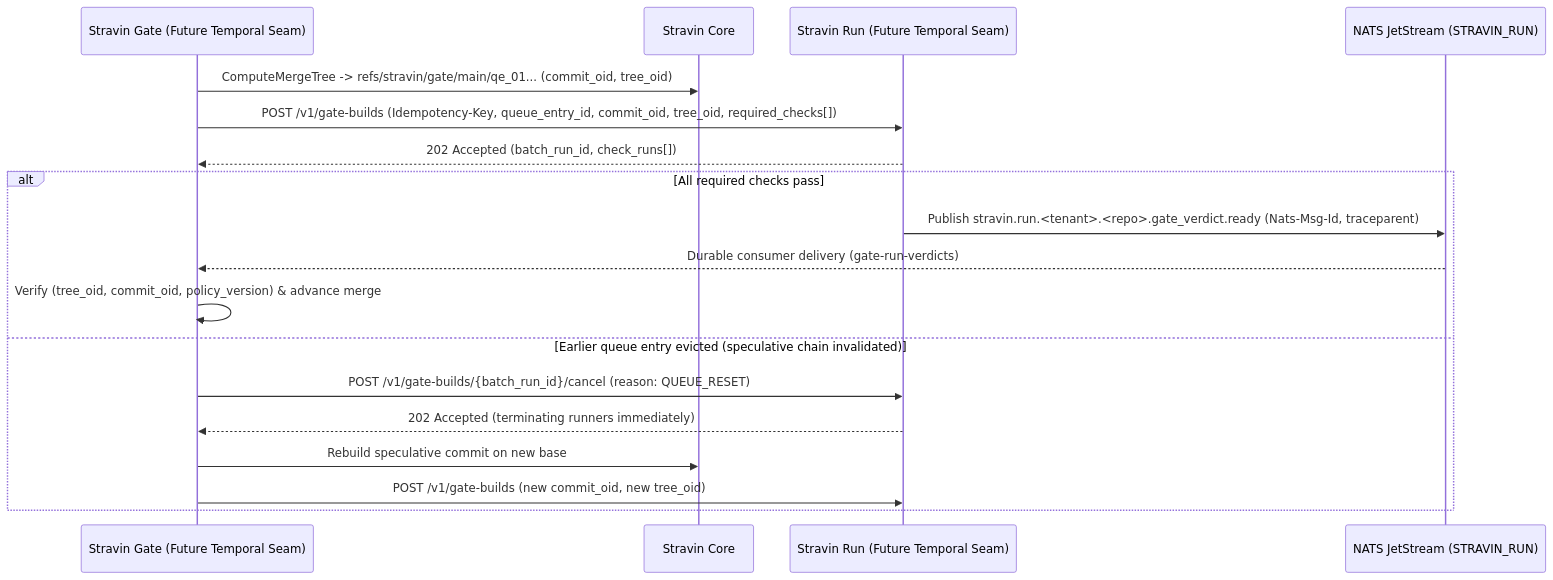
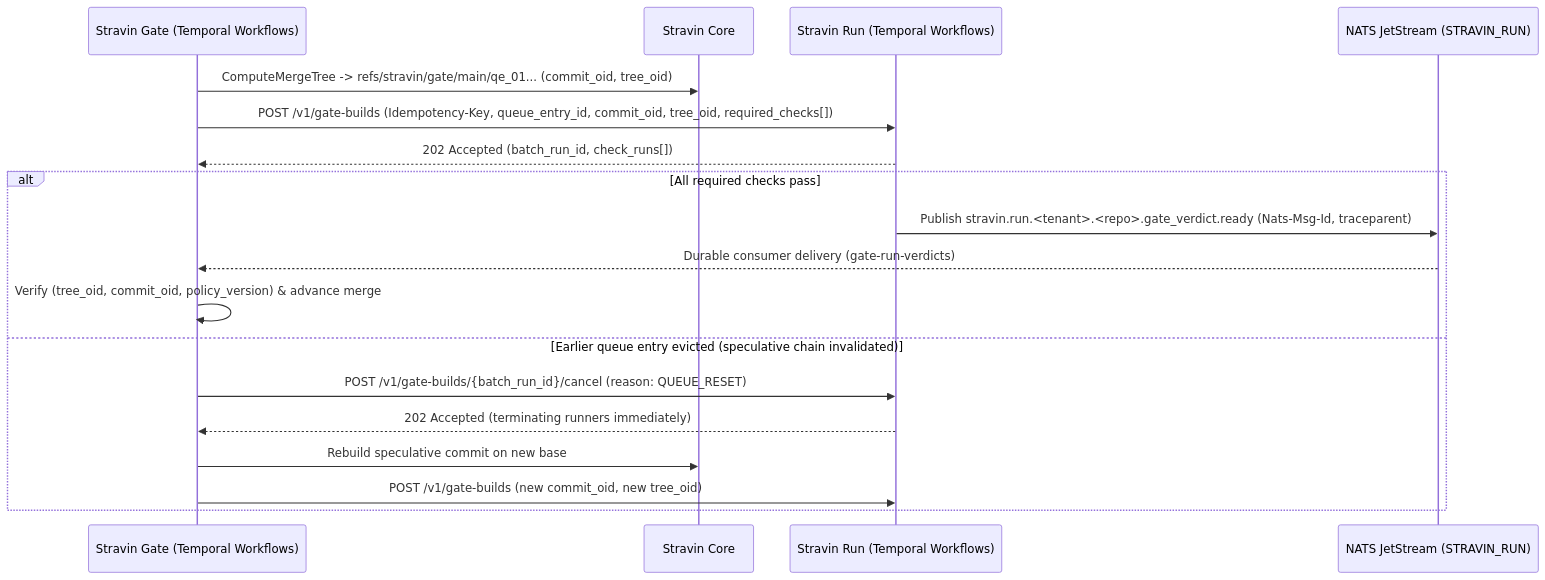
Before and after one commit to stravin-dev/architecture: the diagram in docs/interfaces/run-gate.md, drawn with Mermaid. The commit also changed other lines of this file and 9 other files, not shown here.

````diff
--- a/docs/interfaces/run-gate.md
+++ b/docs/interfaces/run-gate.md
@@ -17,22 +17,22 @@
 ```mermaid
 sequenceDiagram
-    participant Gate as Stravin Gate (Future Temporal Seam)
+    participant Gate as Stravin Gate (Temporal Workflows)
     participant Core as Stravin Core
-    participant Run as Stravin Run (Future Temporal Seam)
+    participant Run as Stravin Run (Temporal Workflows)
     participant NATS as NATS JetStream (STRAVIN_RUN)
 
     Gate->>Core: ComputeMergeTree -> refs/stravin/gate/main/qe_01... (commit_oid, tree_oid)
     Gate->>Run: POST /v1/gate-builds (Idempotency-Key, queue_entry_id, commit_oid, tree_oid, required_checks[])
     Run-->>Gate: 202 Accepted (batch_run_id, check_runs[])
 
     alt All required checks pass
         Run->>NATS: Publish stravin.run.<tenant>.<repo>.gate_verdict.ready (Nats-Msg-Id, traceparent)
         NATS-->>Gate: Durable consumer delivery (gate-run-verdicts)
         Gate->>Gate: Verify (tree_oid, commit_oid, policy_version) & advance merge
     else Earlier queue entry evicted (speculative chain invalidated)
         Gate->>Run: POST /v1/gate-builds/{batch_run_id}/cancel (reason: QUEUE_RESET)
         Run-->>Gate: 202 Accepted (terminating runners immediately)
         Gate->>Core: Rebuild speculative commit on new base
         Gate->>Run: POST /v1/gate-builds (new commit_oid, new tree_oid)
     end
 ```
````
